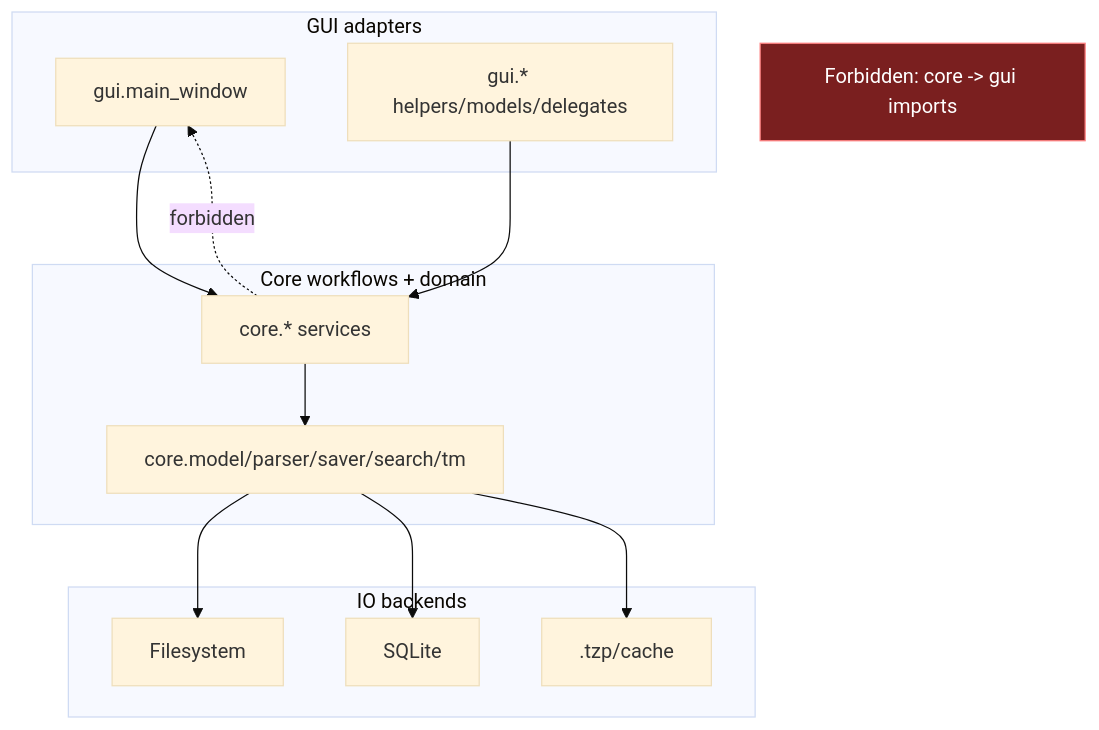
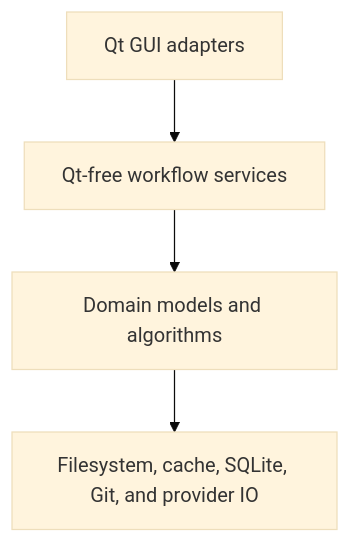
Before and after one commit to PlagaMedicum/TranslationZed-py: the diagram in docs/architecture/code_architecture.md, drawn with Mermaid (base theme). The commit also changed other lines of this file and 13 other files, not shown here.

First line of the commit message:
Compress architecture guidance into durable contracts

````diff
--- a/docs/architecture/code_architecture.md
+++ b/docs/architecture/code_architecture.md
@@ -571,28 +10,6 @@
 ```mermaid
 flowchart TB
-  subgraph GUI[GUI adapters]
-    G1[gui.main_window]
-    G2[gui.* helpers/models/delegates]
-  end
-  subgraph CORE[Core workflows + domain]
-    C1[core.* services]
-    C2[core.model/parser/saver/search/tm]
-  end
-  subgraph IO[IO backends]
-    I1[Filesystem]
-    I2[SQLite]
-    I3[.tzp/cache]
-  end
-
-  G1 --> C1
-  G2 --> C1
-  C1 --> C2
-  C2 --> I1
-  C2 --> I2
-  C2 --> I3
-
-  X[Forbidden: core -> gui imports]:::forbidden
-  C1 -. forbidden .-> G1
-
-  classDef forbidden fill:#7a1f1f,stroke:#ff8080,color:#ffffff;
+  GUI[Qt GUI adapters] --> WF[Qt-free workflow services]
+  WF --> DOMAIN[Domain models and algorithms]
+  DOMAIN --> IO[Filesystem, cache, SQLite, Git, and provider IO]
 ```
````
